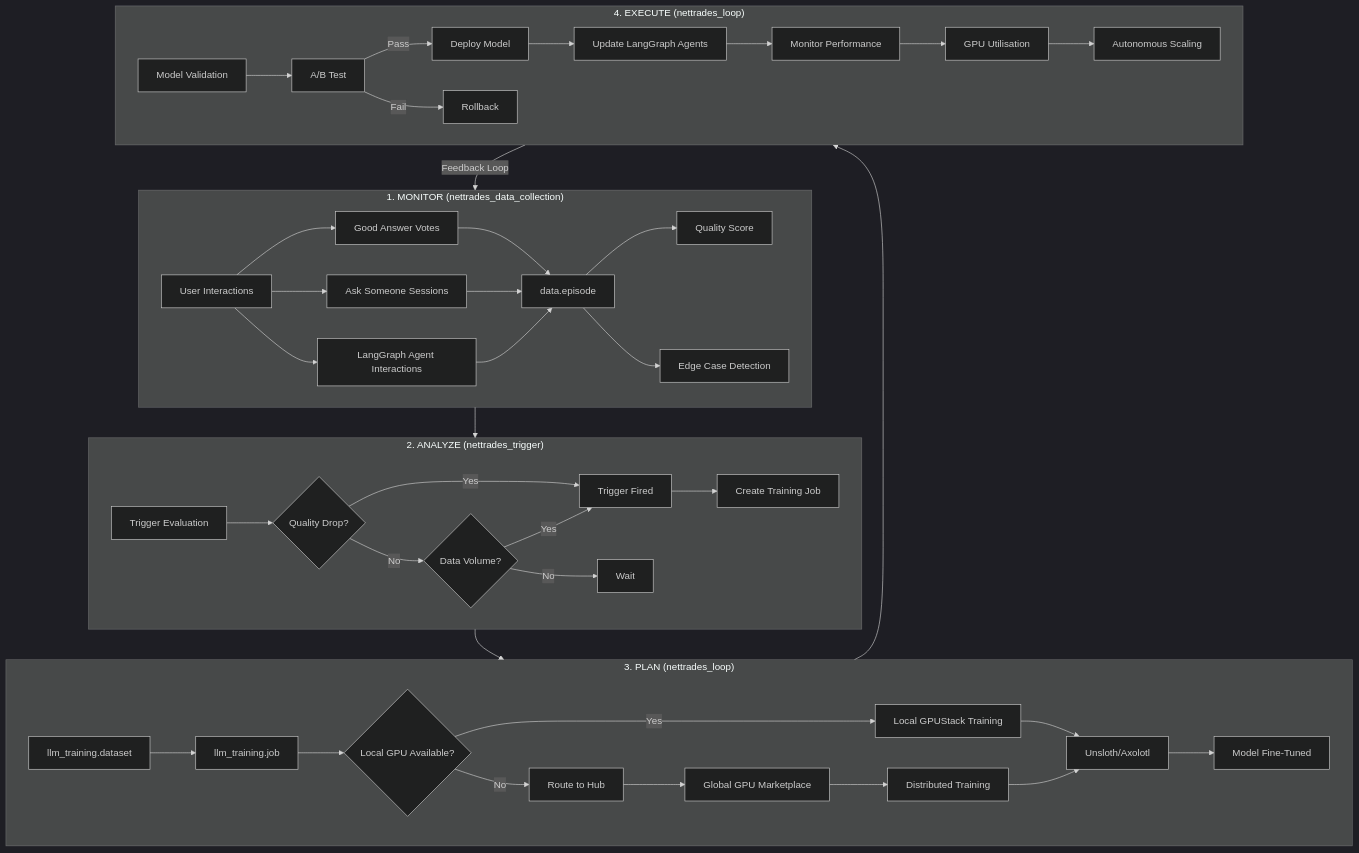
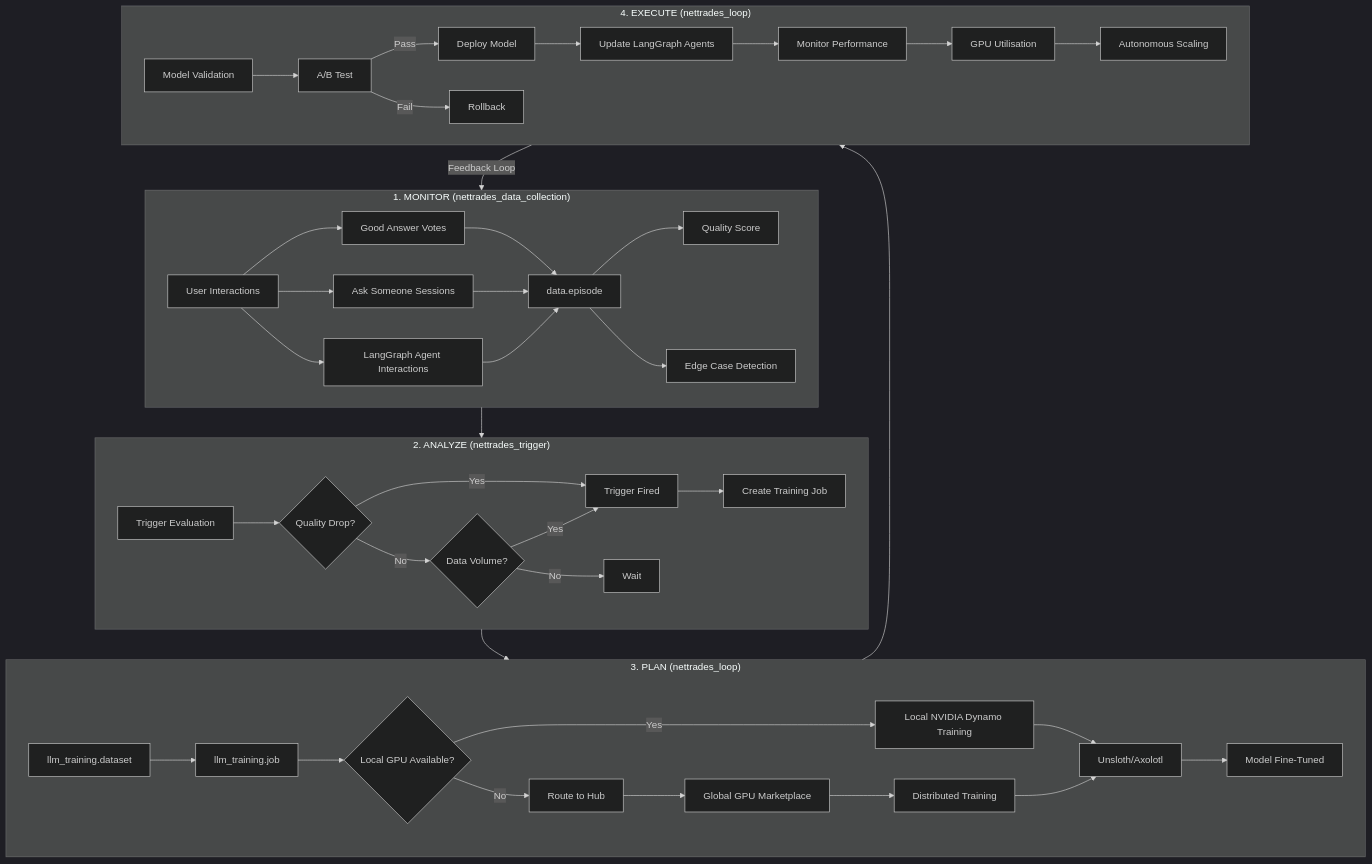
One commit to nettrades/nettrades-platform changed diagram 11 of 17 in README.md. Above: the diagram before and after it, drawn with Mermaid (dark theme). The commit also changed other lines of this file, not shown here.

Commit message:
removed GPUStack and replaced it with NVIDIA Dynamo

````diff
--- a/README.md
+++ b/README.md
@@ -1305,47 +1305,47 @@
 ```mermaid
 graph TD
     subgraph Monitor["1. MONITOR (nettrades_data_collection)"]
         A1["User Interactions"] --> A2["Good Answer Votes"]
         A1 --> A3["Ask Someone Sessions"]
         A1 --> A4["LangGraph Agent Interactions"]
         A2 --> A5["data.episode"]
         A3 --> A5
         A4 --> A5
         A5 --> A6["Quality Score"]
         A5 --> A7["Edge Case Detection"]
     end
 
     subgraph Analyze["2. ANALYZE (nettrades_trigger)"]
         B1["Trigger Evaluation"] --> B2{"Quality Drop?"}
         B2 -->|Yes| B3["Trigger Fired"]
         B2 -->|No| B4{"Data Volume?"}
         B4 -->|Yes| B3
         B4 -->|No| B5["Wait"]
         B3 --> B6["Create Training Job"]
     end
 
     subgraph Plan["3. PLAN (nettrades_loop)"]
         C1["llm_training.dataset"] --> C2["llm_training.job"]
         C2 --> C3{"Local GPU Available?"}
-        C3 -->|Yes| C4["Local GPUStack Training"]
+        C3 -->|Yes| C4["Local NVIDIA Dynamo Training"]
         C3 -->|No| C5["Route to Hub"]
         C5 --> C6["Global GPU Marketplace"]
         C6 --> C7["Distributed Training"]
         C4 --> C8["Unsloth/Axolotl"]
         C7 --> C8
         C8 --> C9["Model Fine-Tuned"]
     end
 
     subgraph Execute["4. EXECUTE (nettrades_loop)"]
         D1["Model Validation"] --> D2["A/B Test"]
         D2 -->|Pass| D3["Deploy Model"]
         D2 -->|Fail| D4["Rollback"]
         D3 --> D5["Update LangGraph Agents"]
         D5 --> D6["Monitor Performance"]
         D6 --> D7["GPU Utilisation"]
         D7 --> D8["Autonomous Scaling"]
     end
 
     Monitor --> Analyze --> Plan --> Execute
     Execute -->|"Feedback Loop"| Monitor
 ```
````
